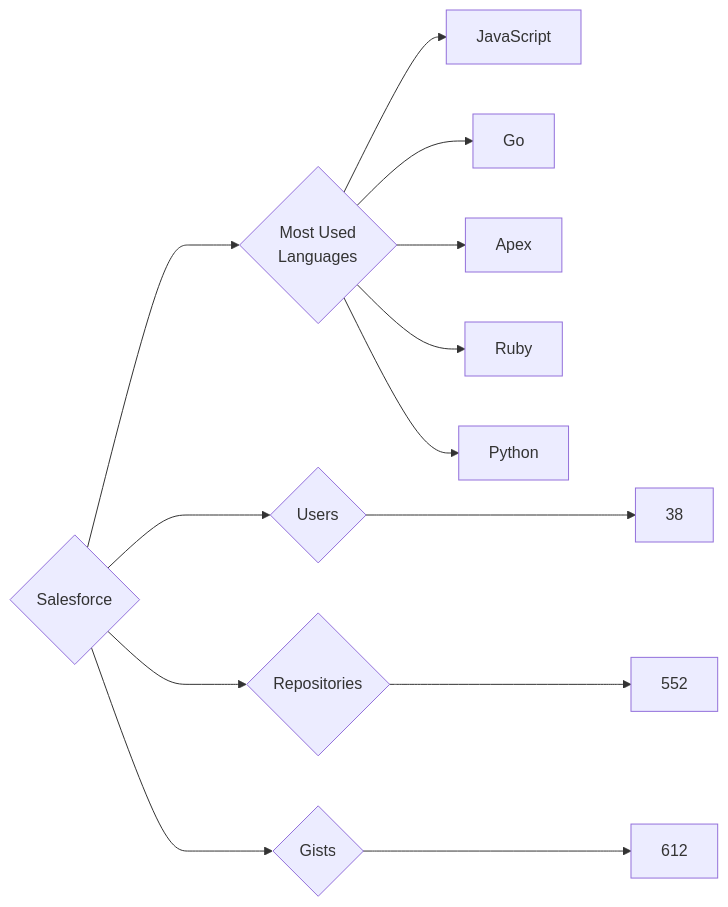
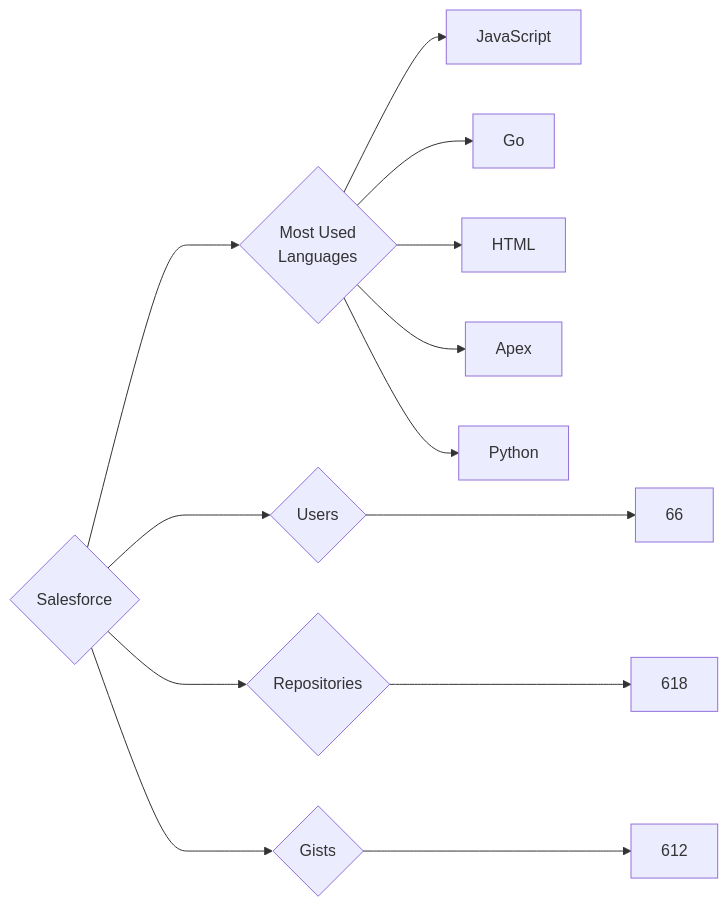
The diagram in targets/Salesforce/README.md (trickest/insiders), drawn with Mermaid before and after one commit. The commit also changed 770 other files, not shown here.

````diff
--- a/targets/Salesforce/README.md
+++ b/targets/Salesforce/README.md
@@ -3,13 +3,13 @@
 ```mermaid
 graph LR
 COMPANY_NAME{Salesforce}
-COMPANY_NAME ---> U{Users} ---> UN[38]
-COMPANY_NAME ---> R{Repositories} ---> RN[552]
+COMPANY_NAME ---> U{Users} ---> UN[66]
+COMPANY_NAME ---> R{Repositories} ---> RN[618]
 COMPANY_NAME ---> G{Gists} ---> GN[612]
 COMPANY_NAME ---> ML{Most Used<br>Languages}
 ML --> JavaScript[JavaScript]
 ML --> Go[Go]
+ML --> HTML[HTML]
 ML --> Apex[Apex]
-ML --> Ruby[Ruby]
 ML --> Python[Python]
 ```
````
